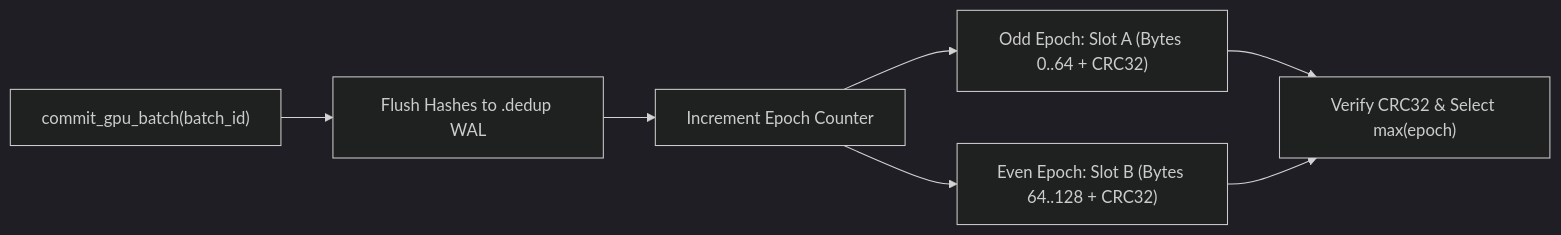
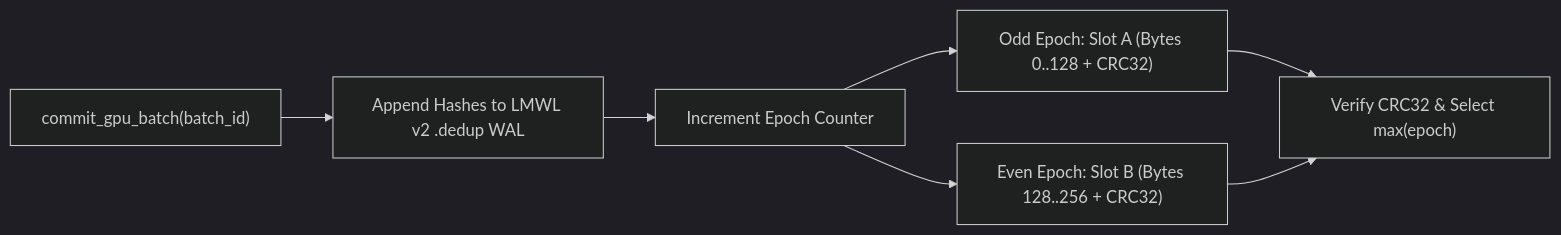
Before and after one commit to cloverx-id/luminamoon: the diagram in docs/dataloader/coord_and_metadata/README.md, drawn with Mermaid (dark theme). The commit also changed other lines of this file and 49 other files, not shown here.

````diff
--- a/docs/dataloader/coord_and_metadata/README.md
+++ b/docs/dataloader/coord_and_metadata/README.md
@@ -38,9 +38,9 @@
 ```mermaid
 flowchart LR
-    Commit["commit_gpu_batch(batch_id)"] --> WAL["Flush Hashes to .dedup WAL"]
+    Commit["commit_gpu_batch(batch_id)"] --> WAL["Append Hashes to LMWL v2 .dedup WAL"]
     WAL --> Epoch["Increment Epoch Counter"]
-    Epoch --> SlotA["Odd Epoch: Slot A (Bytes 0..64 + CRC32)"]
-    Epoch --> SlotB["Even Epoch: Slot B (Bytes 64..128 + CRC32)"]
+    Epoch --> SlotA["Odd Epoch: Slot A (Bytes 0..128 + CRC32)"]
+    Epoch --> SlotB["Even Epoch: Slot B (Bytes 128..256 + CRC32)"]
     SlotA --> Recover["Verify CRC32 & Select max(epoch)"]
     SlotB --> Recover
 ```
````
